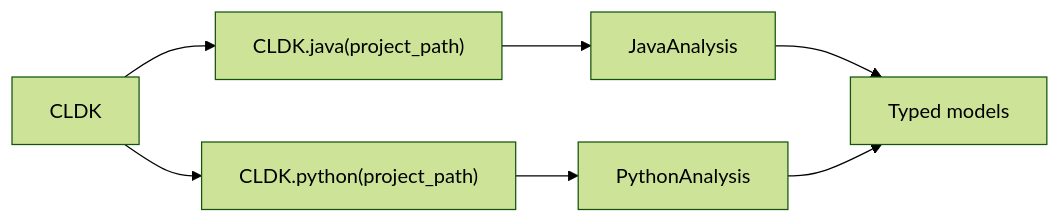
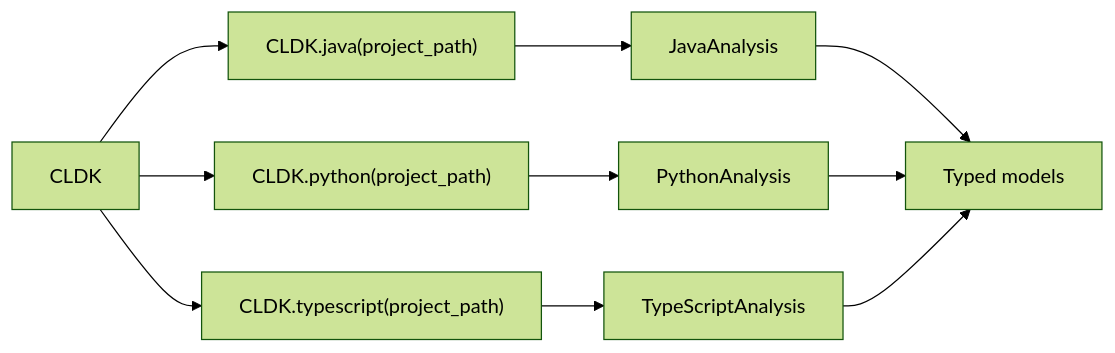
Before and after one commit to codellm-devkit/docs: the diagram in src/content/docs/reference/python-api/core.md, drawn with Mermaid (forest theme). The commit also changed other lines of this file and 6 other files, not shown here.

````diff
--- a/src/content/docs/reference/python-api/core.md
+++ b/src/content/docs/reference/python-api/core.md
@@ -32,9 +11,12 @@
 ```mermaid
 flowchart LR
     C["CLDK"] --> JF["CLDK.java(project_path)"]
     C --> PF["CLDK.python(project_path)"]
+    C --> TF["CLDK.typescript(project_path)"]
     JF --> J[JavaAnalysis]
     PF --> P[PythonAnalysis]
+    TF --> T[TypeScriptAnalysis]
     J --> M[Typed models]
     P --> M
+    T --> M
 ```
````
